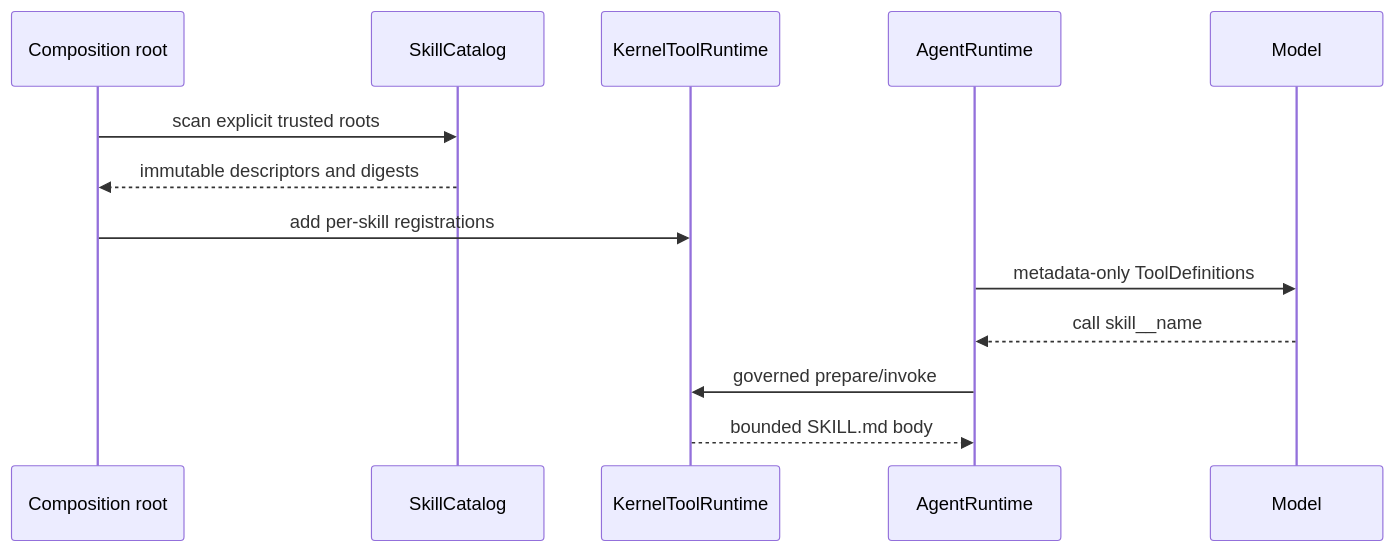
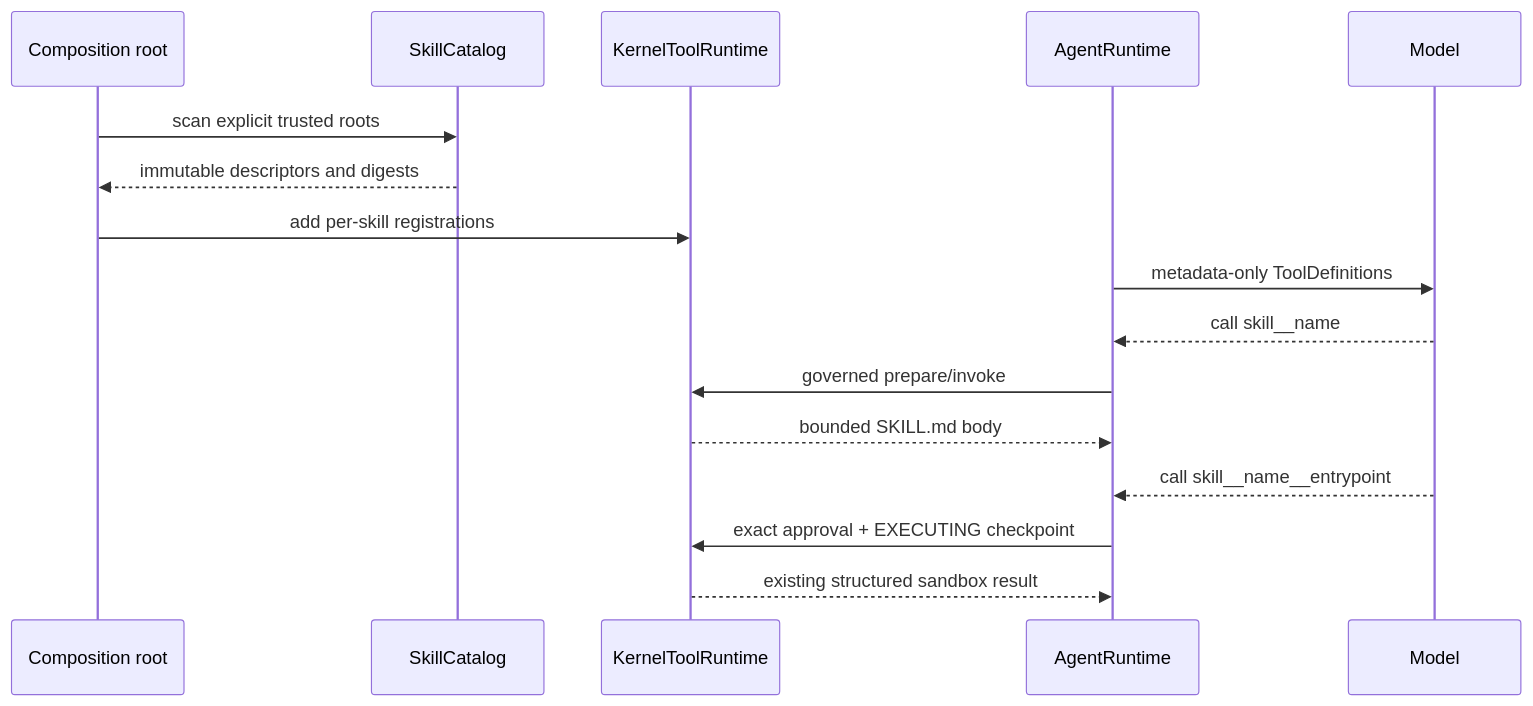
Before and after one commit to yaoziyaoguai/my-first-agent: the diagram in docs/architecture/capabilities/SKILL_DESIGN.md, drawn with Mermaid. The commit also changed other lines of this file and 19 other files, not shown here.

````diff
--- a/docs/architecture/capabilities/SKILL_DESIGN.md
+++ b/docs/architecture/capabilities/SKILL_DESIGN.md
@@ -17,15 +17,18 @@
 ```mermaid
 sequenceDiagram
   participant C as Composition root
   participant S as SkillCatalog
   participant T as KernelToolRuntime
   participant R as AgentRuntime
   participant M as Model
   C->>S: scan explicit trusted roots
   S-->>C: immutable descriptors and digests
   C->>T: add per-skill registrations
   R->>M: metadata-only ToolDefinitions
   M-->>R: call skill__name
   R->>T: governed prepare/invoke
   T-->>R: bounded SKILL.md body
+  M-->>R: call skill__name__entrypoint
+  R->>T: exact approval + EXECUTING checkpoint
+  T-->>R: existing structured sandbox result
 ```
````
